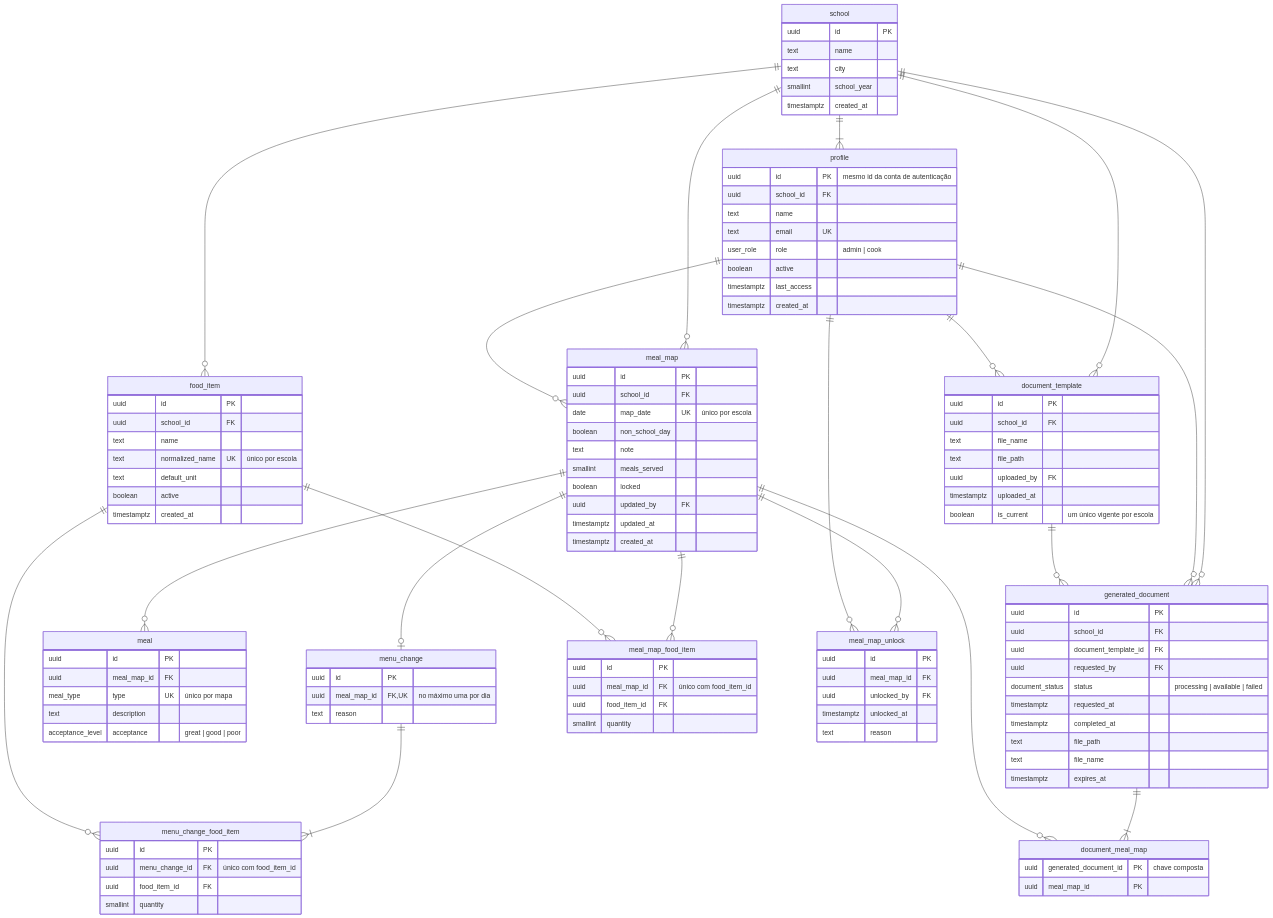
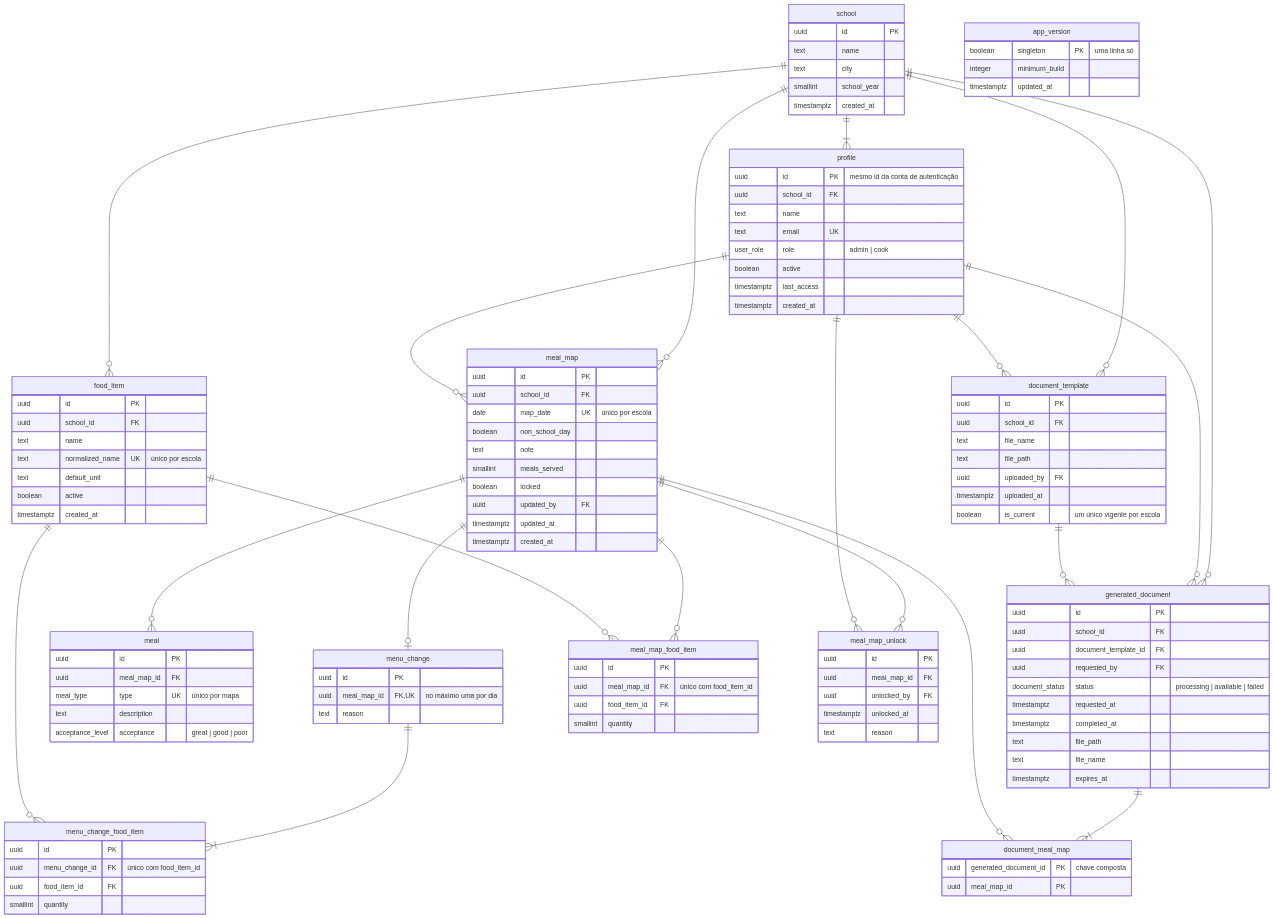
One commit to rds-renan/mapa-alimentacao-escolar changed the diagram in docs/04-banco-de-dados/modelo-er.md. Above: the diagram before and after it, drawn with Mermaid. The commit also changed other lines of this file and 17 other files, not shown here.

````diff
--- a/docs/04-banco-de-dados/modelo-er.md
+++ b/docs/04-banco-de-dados/modelo-er.md
@@ -136,4 +136,10 @@
         timestamptz unlocked_at
         text reason
     }
+
+    app_version {
+        boolean singleton PK "uma linha só"
+        integer minimum_build
+        timestamptz updated_at
+    }
 ```
````
